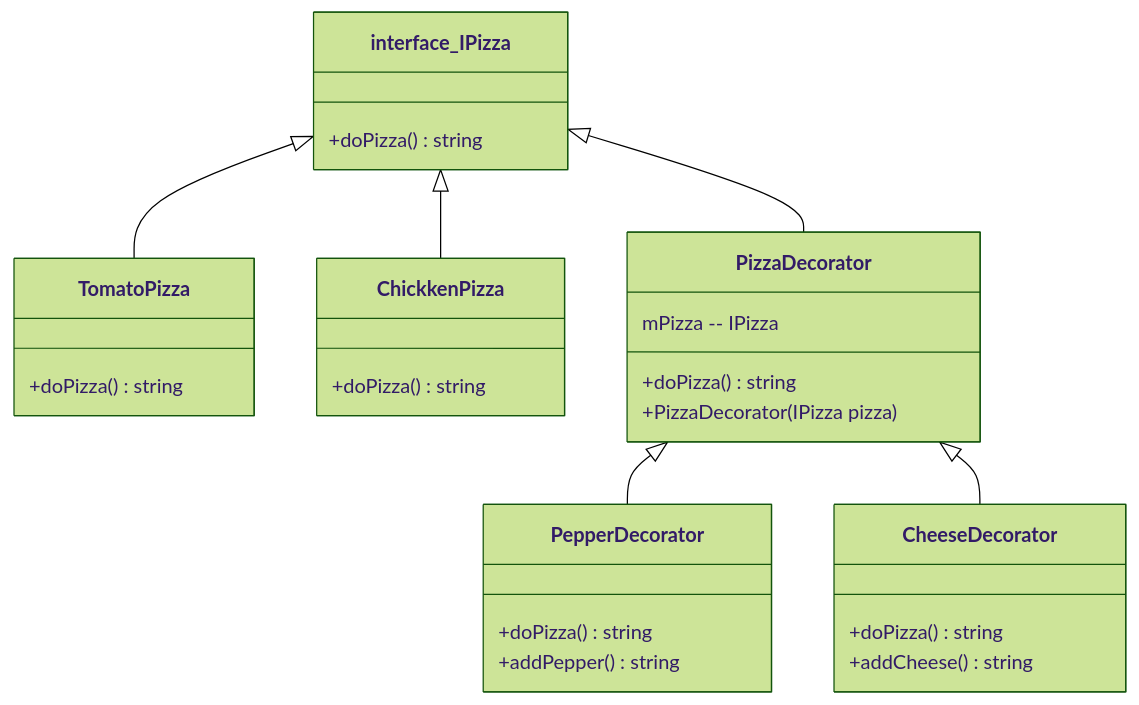
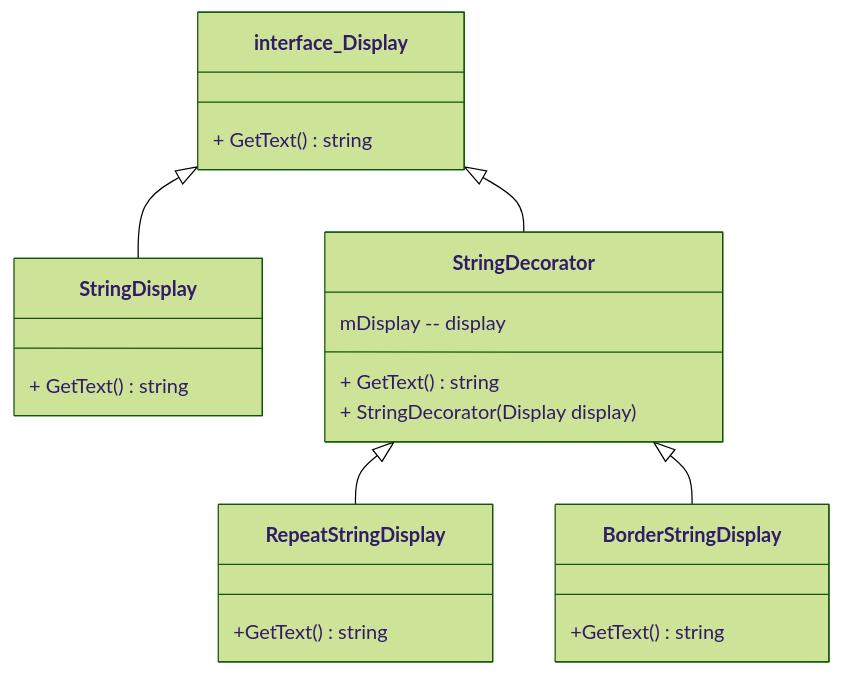
The second of 2 diagrams in Decorator/README.md (tungphan94/DesignPattern), drawn with Mermaid (forest theme) before and after one commit. The commit also changed other lines of this file and 1 other file, not shown here.

Commit message:
分かりやすいために、サンプルを変更

````diff
--- a/Decorator/README.md
+++ b/Decorator/README.md
@@ -37,20 +37,14 @@
 ```mermaid
 classDiagram
-interface_IPizza  <|-- TomatoPizza
-interface_IPizza  <|-- ChickkenPizza
-interface_IPizza  <|-- PizzaDecorator
-interface_IPizza : +doPizza()　string
-TomatoPizza : +doPizza()　string
-ChickkenPizza : +doPizza()　string
-PizzaDecorator: +doPizza()　string
-PizzaDecorator: mPizza -- IPizza
-PizzaDecorator: +PizzaDecorator(IPizza pizza)　
-PizzaDecorator <|-- PepperDecorator
-PizzaDecorator <|-- CheeseDecorator
-PepperDecorator: +doPizza()　string
-PepperDecorator: 
-PepperDecorator: +addPepper() string
-CheeseDecorator: +doPizza()　string
-CheeseDecorator: 
-CheeseDecorator: +addCheese() string
+interface_Display  <|-- StringDisplay
+interface_Display  <|-- StringDecorator
+interface_Display : + GetText()　string
+StringDisplay : + GetText()　string
+StringDecorator: + GetText()　string
+StringDecorator: mDisplay -- display
+StringDecorator: + StringDecorator(Display display)　
+StringDecorator <|-- RepeatStringDisplay
+StringDecorator <|-- BorderStringDisplay
+RepeatStringDisplay: +GetText()　string
+BorderStringDisplay: +GetText()　string
 ```
````
